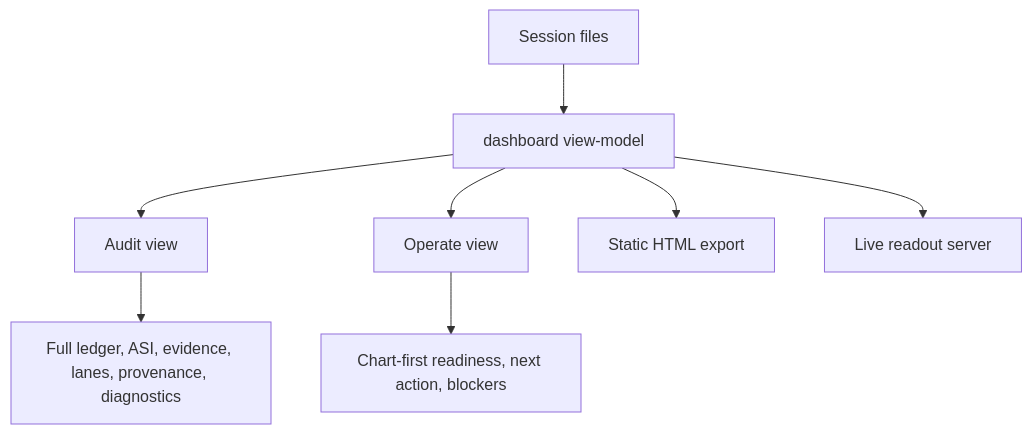
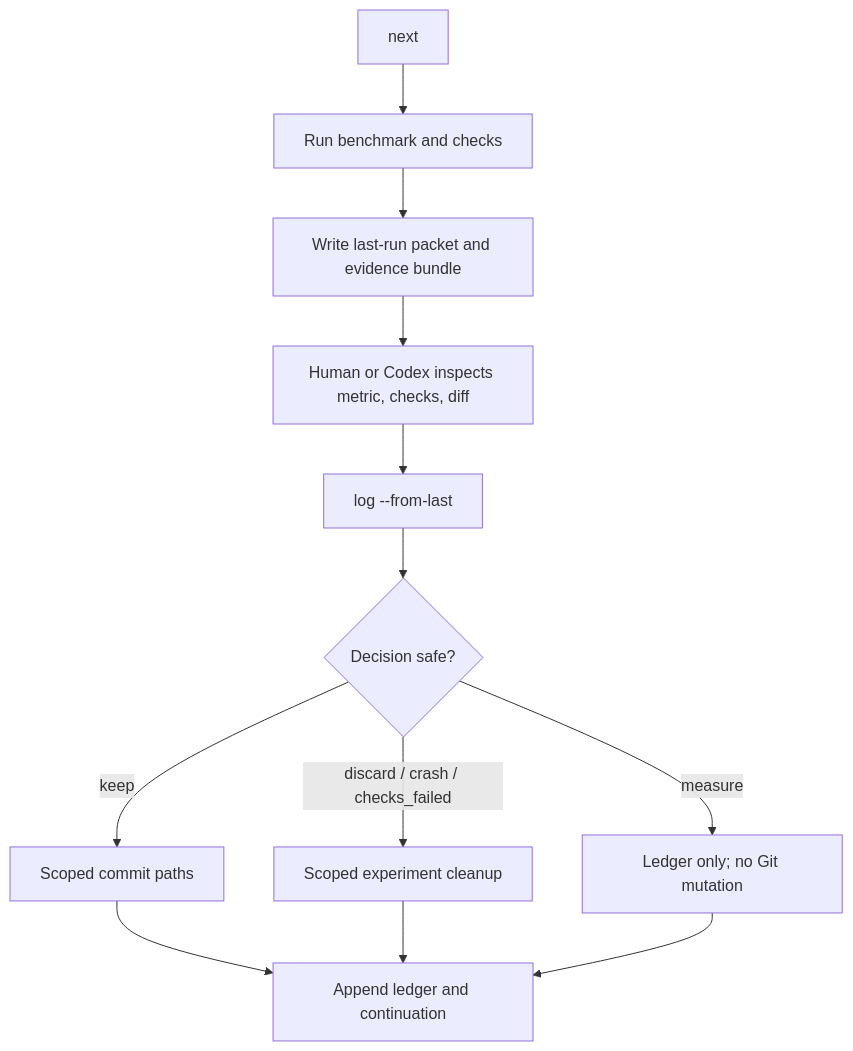
Before and after one commit to TheGreenCedar/codex-autoresearch: the second of 5 diagrams in plugins/codex-autoresearch/docs/architecture.md, drawn with Mermaid. The commit also changed other lines of this file and 98 other files, not shown here.

````diff
--- a/plugins/codex-autoresearch/docs/architecture.md
+++ b/plugins/codex-autoresearch/docs/architecture.md
@@ -35,10 +47,14 @@
 ```mermaid
 flowchart TD
-  Files["Session files"] --> ViewModel["dashboard view-model"]
-  ViewModel --> Audit["Audit view"]
-  ViewModel --> Operate["Operate view"]
-  Audit --> Trace["Full ledger, ASI, evidence, lanes, provenance, diagnostics"]
-  Operate --> Monitor["Chart-first readiness, next action, blockers"]
-  ViewModel --> Export["Static HTML export"]
-  ViewModel --> Server["Live readout server"]
+  Next["next"] --> Proc["Run benchmark and checks"]
+  Proc --> Packet["Write last-run packet and evidence bundle"]
+  Packet --> Inspect["Human or Codex inspects metric, checks, diff"]
+  Inspect --> Log["log --from-last"]
+  Log --> Gate{"Decision safe?"}
+  Gate -- "keep" --> Commit["Scoped commit paths"]
+  Gate -- "discard / crash / checks_failed" --> Revert["Scoped experiment cleanup"]
+  Gate -- "measure" --> NoGit["Ledger only; no Git mutation"]
+  Commit --> Ledger["Append ledger and continuation"]
+  Revert --> Ledger
+  NoGit --> Ledger
 ```
````
